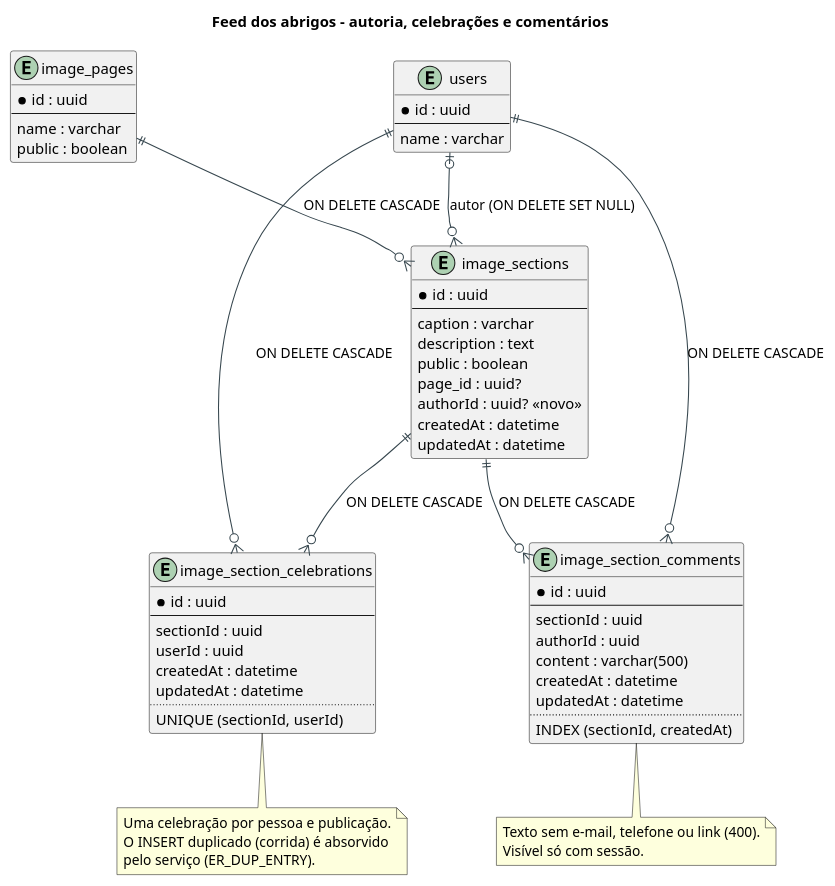
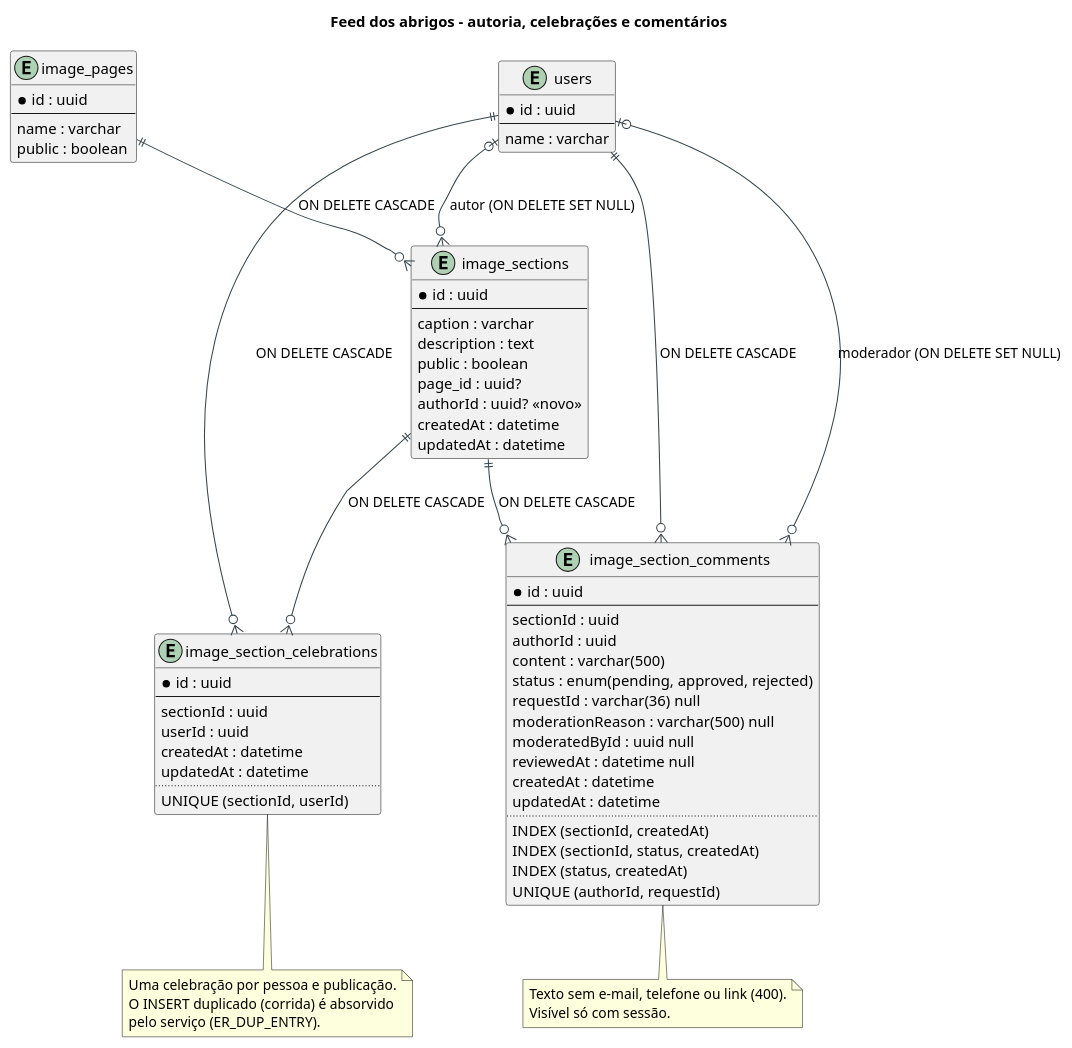
One commit to orfanatonib/orfanatonib-api changed the diagram in docs/diagrams/database/shelter-feed-schema.puml. Above: the diagram before and after it, drawn with PlantUML. The commit also changed 5 other files, not shown here.

Commit message:
docs(feed): moderação de comentários (módulo, diagramas e changelog)

```diff
--- a/docs/diagrams/database/shelter-feed-schema.puml
+++ b/docs/diagrams/database/shelter-feed-schema.puml
@@ -1,74 +1,83 @@
 @startuml shelter-feed-schema
 title Feed dos abrigos - autoria, celebrações e comentários
 
 skinparam shadowing false
 skinparam defaultFontName Helvetica
 skinparam ArrowColor #37474F
 skinparam EntityBorderColor #37474F
 
 entity "users" as users {
   * id : uuid
   --
   name : varchar
 }
 
 entity "image_pages" as pages {
   * id : uuid
   --
   name : varchar
   public : boolean
 }
 
 entity "image_sections" as sections {
   * id : uuid
   --
   caption : varchar
   description : text
   public : boolean
   page_id : uuid?
   authorId : uuid? <<novo>>
   createdAt : datetime
   updatedAt : datetime
 }
 
 entity "image_section_celebrations" as celebrations {
   * id : uuid
   --
   sectionId : uuid
   userId : uuid
   createdAt : datetime
   updatedAt : datetime
   ..
   UNIQUE (sectionId, userId)
 }
 
 entity "image_section_comments" as comments {
   * id : uuid
   --
   sectionId : uuid
   authorId : uuid
   content : varchar(500)
+  status : enum(pending, approved, rejected)
+  requestId : varchar(36) null
+  moderationReason : varchar(500) null
+  moderatedById : uuid null
+  reviewedAt : datetime null
   createdAt : datetime
   updatedAt : datetime
   ..
   INDEX (sectionId, createdAt)
+  INDEX (sectionId, status, createdAt)
+  INDEX (status, createdAt)
+  UNIQUE (authorId, requestId)
 }
 
+users |o--o{ comments : "moderador (ON DELETE SET NULL)"
 pages ||--o{ sections : "ON DELETE CASCADE"
 users |o--o{ sections : "autor (ON DELETE SET NULL)"
 sections ||--o{ celebrations : "ON DELETE CASCADE"
 users ||--o{ celebrations : "ON DELETE CASCADE"
 sections ||--o{ comments : "ON DELETE CASCADE"
 users ||--o{ comments : "ON DELETE CASCADE"
 
 note bottom of celebrations
   Uma celebração por pessoa e publicação.
   O INSERT duplicado (corrida) é absorvido
   pelo serviço (ER_DUP_ENTRY).
 end note
 
 note bottom of comments
   Texto sem e-mail, telefone ou link (400).
   Visível só com sessão.
 end note
 @enduml
```
